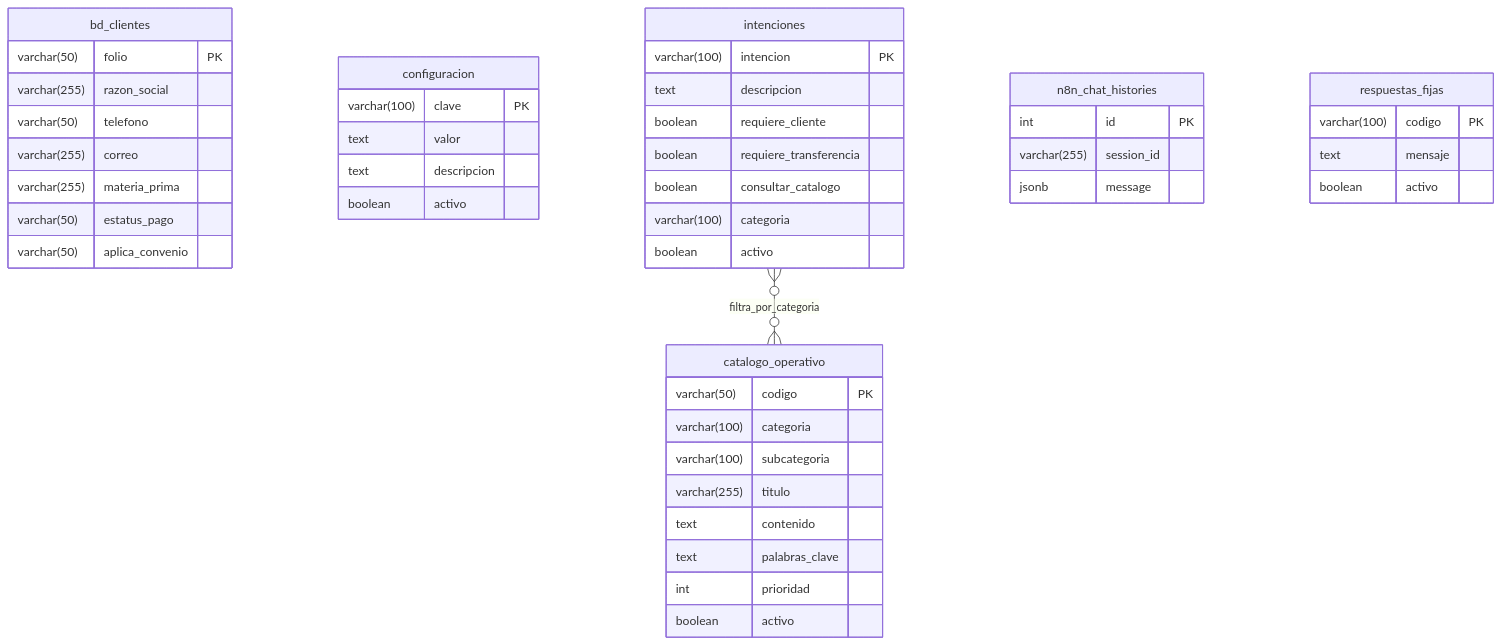
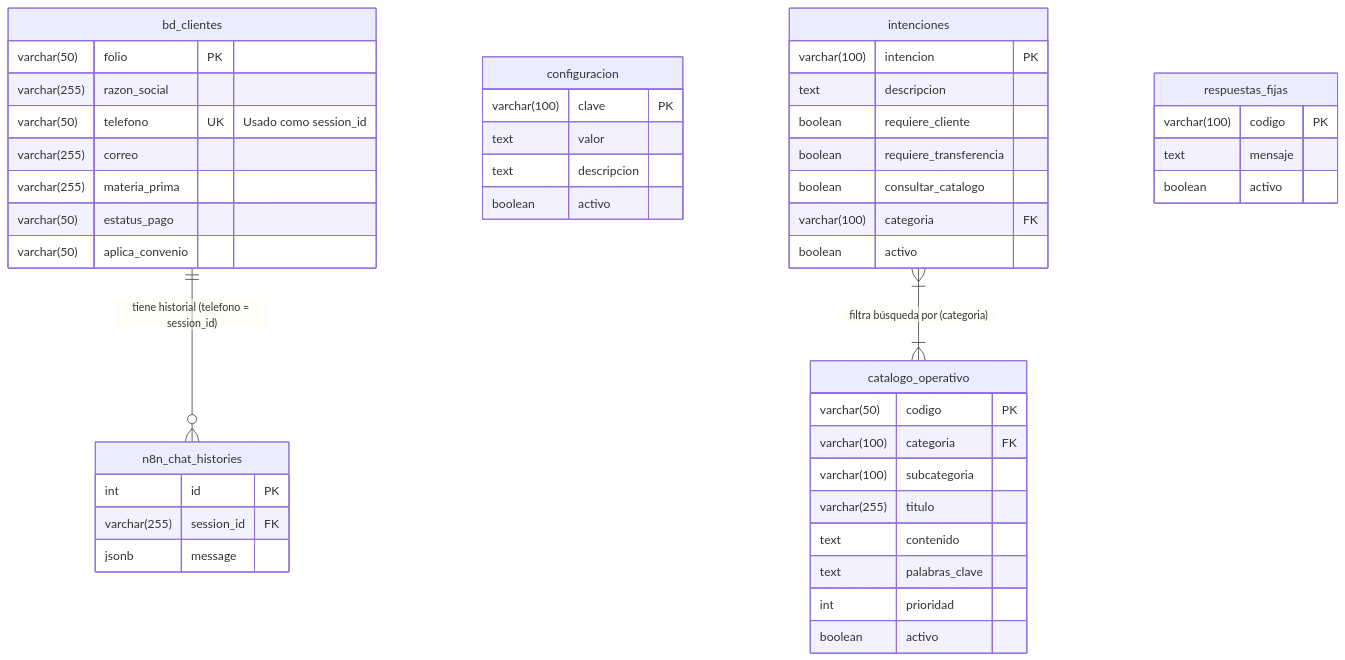
The diagram in docs/base-de-datos.md (DevMauricio03/n8n-whatsapp-ai-agent), drawn with Mermaid before and after one commit.

Commit message:
actualizacion diagrama bd

````diff
--- a/docs/base-de-datos.md
+++ b/docs/base-de-datos.md
@@ -19,54 +19,56 @@
 ```mermaid
 erDiagram
     bd_clientes {
         varchar(50) folio PK
         varchar(255) razon_social
-        varchar(50) telefono
+        varchar(50) telefono UK "Usado como session_id"
         varchar(255) correo
         varchar(255) materia_prima
         varchar(50) estatus_pago
         varchar(50) aplica_convenio
     }
 
     catalogo_operativo {
         varchar(50) codigo PK
-        varchar(100) categoria
+        varchar(100) categoria FK
         varchar(100) subcategoria
         varchar(255) titulo
         text contenido
         text palabras_clave
         int prioridad
         boolean activo
     }
 
     configuracion {
         varchar(100) clave PK
         text valor
         text descripcion
         boolean activo
     }
 
     intenciones {
         varchar(100) intencion PK
         text descripcion
         boolean requiere_cliente
         boolean requiere_transferencia
         boolean consultar_catalogo
-        varchar(100) categoria
+        varchar(100) categoria FK
         boolean activo
     }
 
     n8n_chat_histories {
         int id PK
-        varchar(255) session_id
+        varchar(255) session_id FK
         jsonb message
     }
 
     respuestas_fijas {
         varchar(100) codigo PK
         text mensaje
         boolean activo
     }
 
-    intenciones }o--o{ catalogo_operativo : "filtra_por_categoria"
+    %% Relaciones Lógicas (Llaves Foráneas Conceptuales)
+    bd_clientes ||--o{ n8n_chat_histories : "tiene historial (telefono = session_id)"
+    intenciones }|--|{ catalogo_operativo : "filtra búsqueda por (categoria)"
 ```
````
